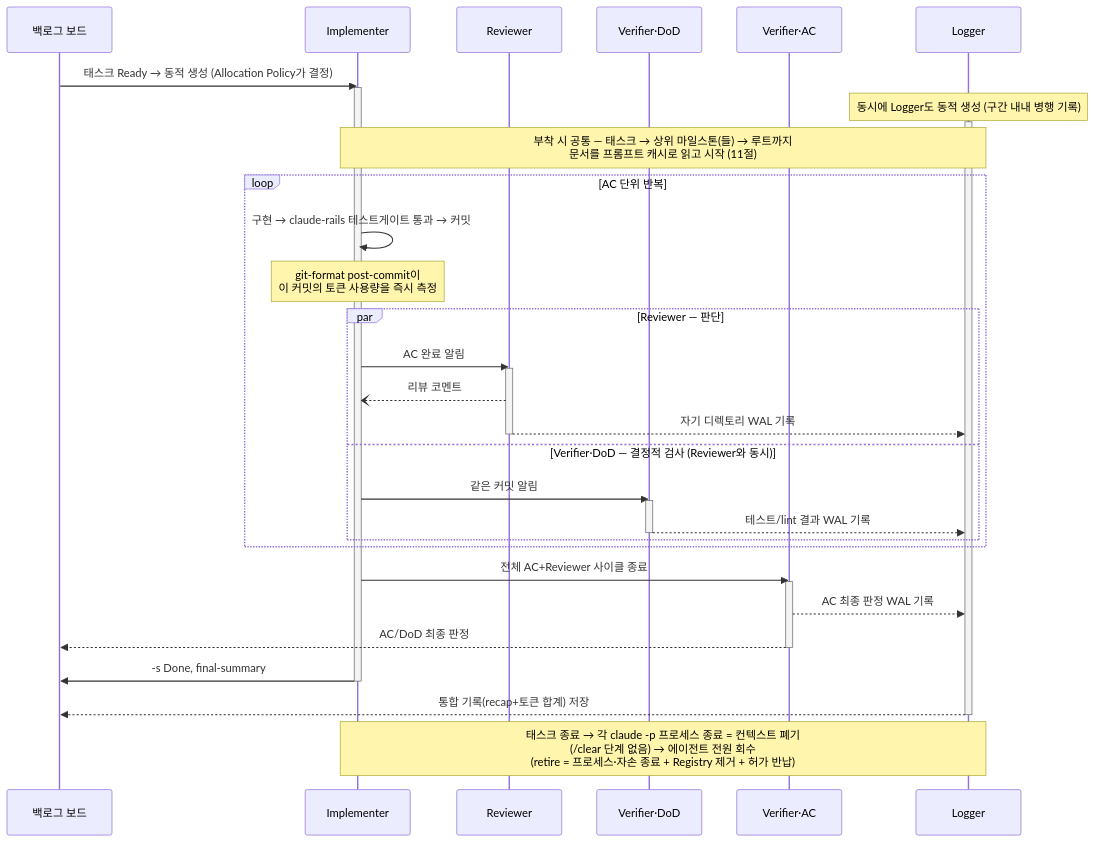
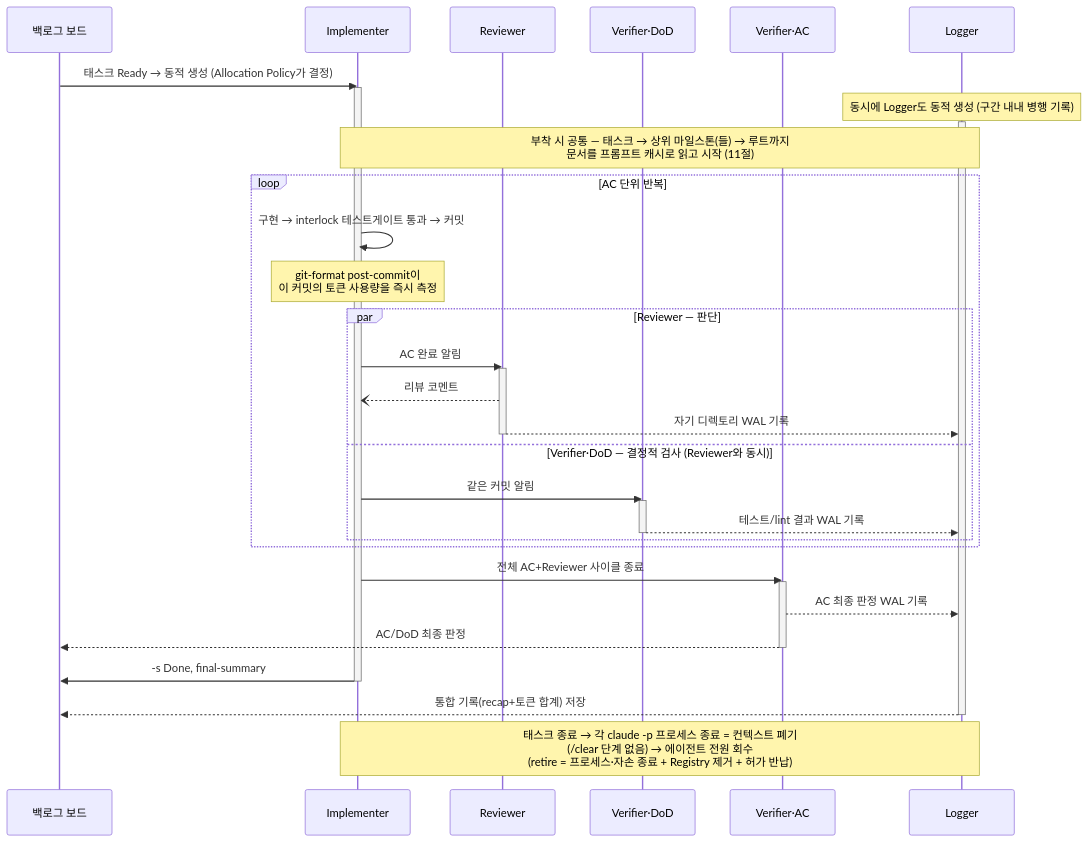
The diagram in diagrams/07-task-sequence.mmd (coralstay/coralstay-software-factory), drawn with Mermaid before and after one commit. The commit also changed 10 other files, not shown here.

First line of the commit message:
claude-rails 언급을 interlock으로 변경

```diff
--- a/diagrams/07-task-sequence.mmd
+++ b/diagrams/07-task-sequence.mmd
@@ -1,42 +1,42 @@
 sequenceDiagram
     participant Board as 백로그 보드
     participant Imp as Implementer
     participant Rev as Reviewer
     participant VD as Verifier·DoD
     participant VA as Verifier·AC
     participant Log as Logger
 
     Board->>Imp: 태스크 Ready → 동적 생성 (Allocation Policy가 결정)
     activate Imp
     Note over Log: 동시에 Logger도 동적 생성 (구간 내내 병행 기록)
     activate Log
     Note over Imp,Log: 부착 시 공통 — 태스크 → 상위 마일스톤(들) → 루트까지<br/>문서를 프롬프트 캐시로 읽고 시작 (11절)
 
     loop AC 단위 반복
-        Imp->>Imp: 구현 → claude-rails 테스트게이트 통과 → 커밋
+        Imp->>Imp: 구현 → interlock 테스트게이트 통과 → 커밋
         Note over Imp: git-format post-commit이<br/>이 커밋의 토큰 사용량을 즉시 측정
         par Reviewer — 판단
             Imp->>Rev: AC 완료 알림
             activate Rev
             Rev--)Imp: 리뷰 코멘트
             Rev-->>Log: 자기 디렉토리 WAL 기록
             deactivate Rev
         and Verifier·DoD — 결정적 검사 (Reviewer와 동시)
             Imp->>VD: 같은 커밋 알림
             activate VD
             VD-->>Log: 테스트/lint 결과 WAL 기록
             deactivate VD
         end
     end
 
     Imp->>VA: 전체 AC+Reviewer 사이클 종료
     activate VA
     VA-->>Log: AC 최종 판정 WAL 기록
     VA-->>Board: AC/DoD 최종 판정
     deactivate VA
 
     Imp->>Board: -s Done, final-summary
     deactivate Imp
     Log-->>Board: 통합 기록(recap+토큰 합계) 저장
     deactivate Log
     Note over Imp,Log: 태스크 종료 → 각 claude -p 프로세스 종료 = 컨텍스트 폐기<br/>(/clear 단계 없음) → 에이전트 전원 회수<br/>(retire = 프로세스·자손 종료 + Registry 제거 + 허가 반납)
```
